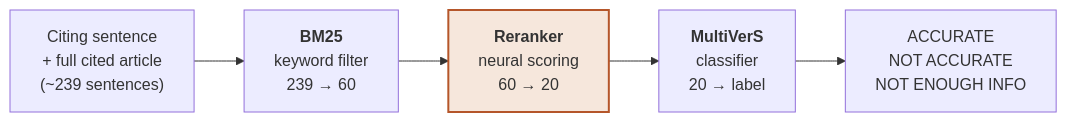
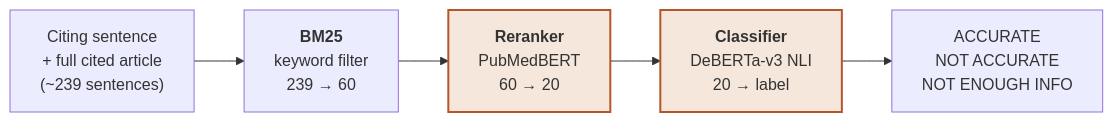
The diagram in README.md (SapnilPatel/CiteAudit), drawn with Mermaid before and after one commit. The commit also changed other lines of this file, not shown here.

````diff
--- a/README.md
+++ b/README.md
@@ -38,8 +73,9 @@
 ```mermaid
 flowchart LR
     A["Citing sentence<br/>+ full cited article<br/>(~239 sentences)"] --> B["<b>BM25</b><br/>keyword filter<br/>239 → 60"]
-    B --> C["<b>Reranker</b><br/>neural scoring<br/>60 → 20"]
-    C --> D["<b>MultiVerS</b><br/>classifier<br/>20 → label"]
+    B --> C["<b>Reranker</b><br/>PubMedBERT<br/>60 → 20"]
+    C --> D["<b>Classifier</b><br/>DeBERTa-v3 NLI<br/>20 → label"]
     D --> E["ACCURATE<br/>NOT ACCURATE<br/>NOT ENOUGH INFO"]
     style C fill:#f6e7dc,stroke:#b5562a,stroke-width:2px
+    style D fill:#f6e7dc,stroke:#b5562a,stroke-width:2px
 ```
````
